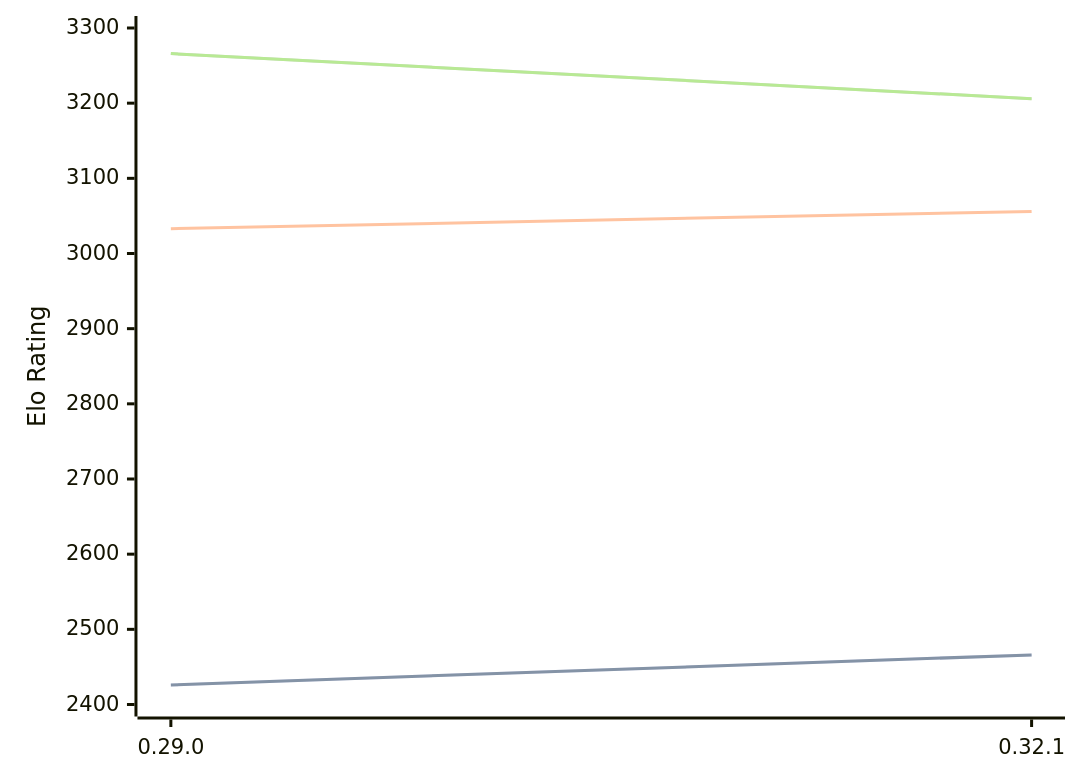
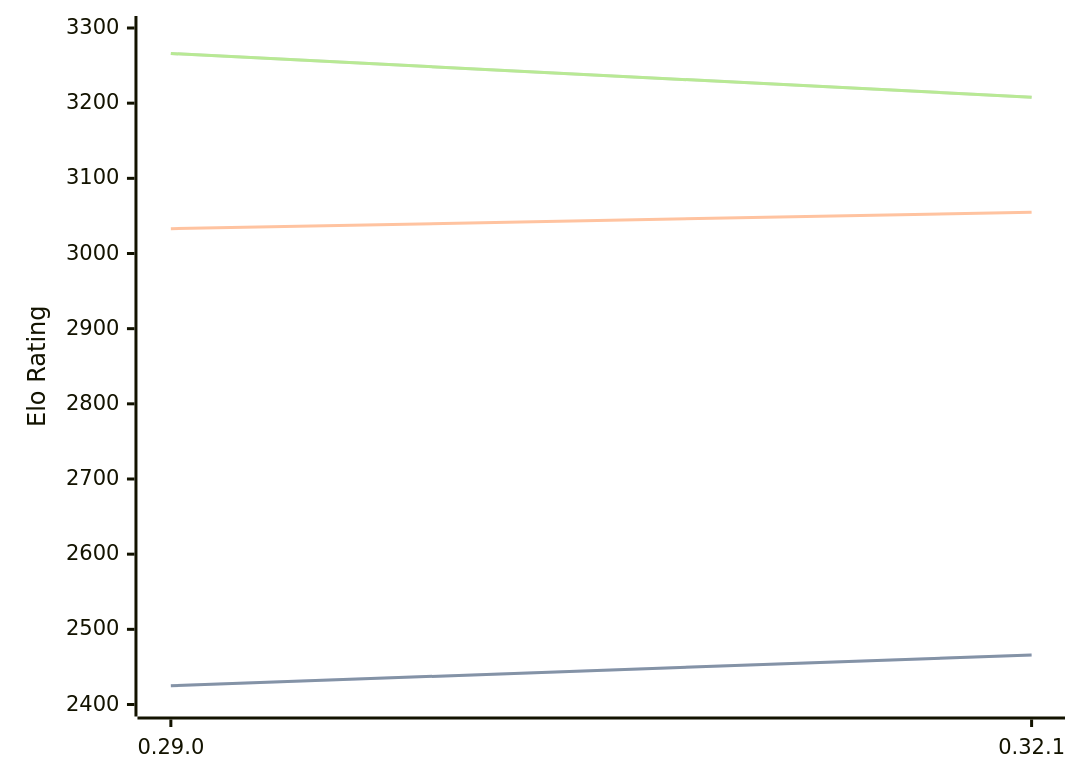
Before and after one commit to computer-chess-index/cci: the diagram in engines/Lc0.md, drawn with Mermaid. The commit also changed other lines of this file, not shown here.

Commit message:
Update CCI Ratings (ELO VLTC) - 2026-03-15

````diff
--- a/engines/Lc0.md
+++ b/engines/Lc0.md
@@ -66,11 +66,11 @@
 ```mermaid
 %%{init: {"theme":"base","themeVariables":{"seriesColors:['#a3a3a3','#222221','#faa371']}}}%%
 xychart-beta
   x-axis ["0.29.0", "0.32.1"]
   y-axis "Elo Rating" 2400 --> 3300
-  line "STC (8.0+0.08s)" [2426, 2466]
-  line "STC (8.0+0.08s)" [2426, 2466]
-  line "LTC (60.0+0.60s)" [3033, 3056]
-  line "VLTC (2m24s+1.12s)" [3266, 3206]
-  line "VLTC (2m24s+1.12s)" [3266, 3206]
+  line "STC (8.0+0.08s)" [2425, 2466]
+  line "STC (8.0+0.08s)" [2425, 2466]
+  line "LTC (60.0+0.60s)" [3033, 3055]
+  line "VLTC (2m24s+1.12s)" [3266, 3208]
+  line "VLTC (2m24s+1.12s)" [3266, 3208]
 ```
````
